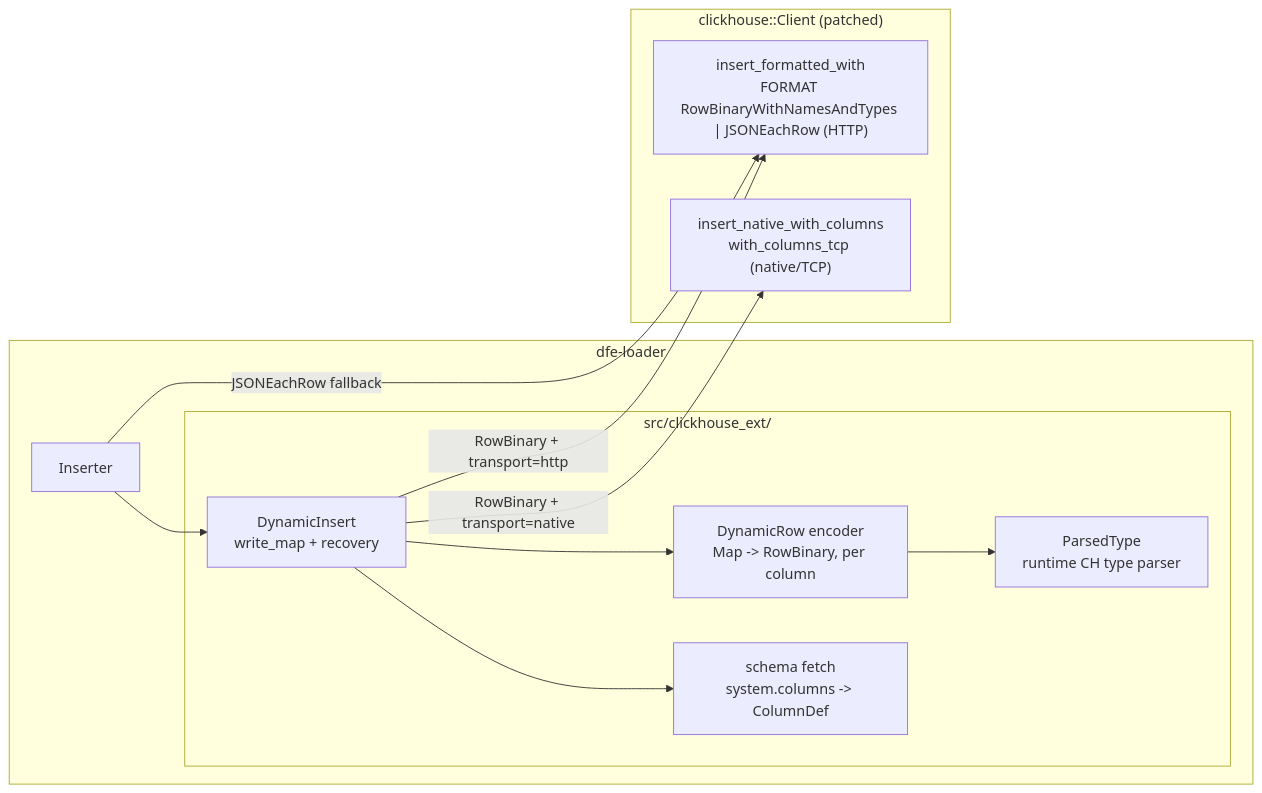
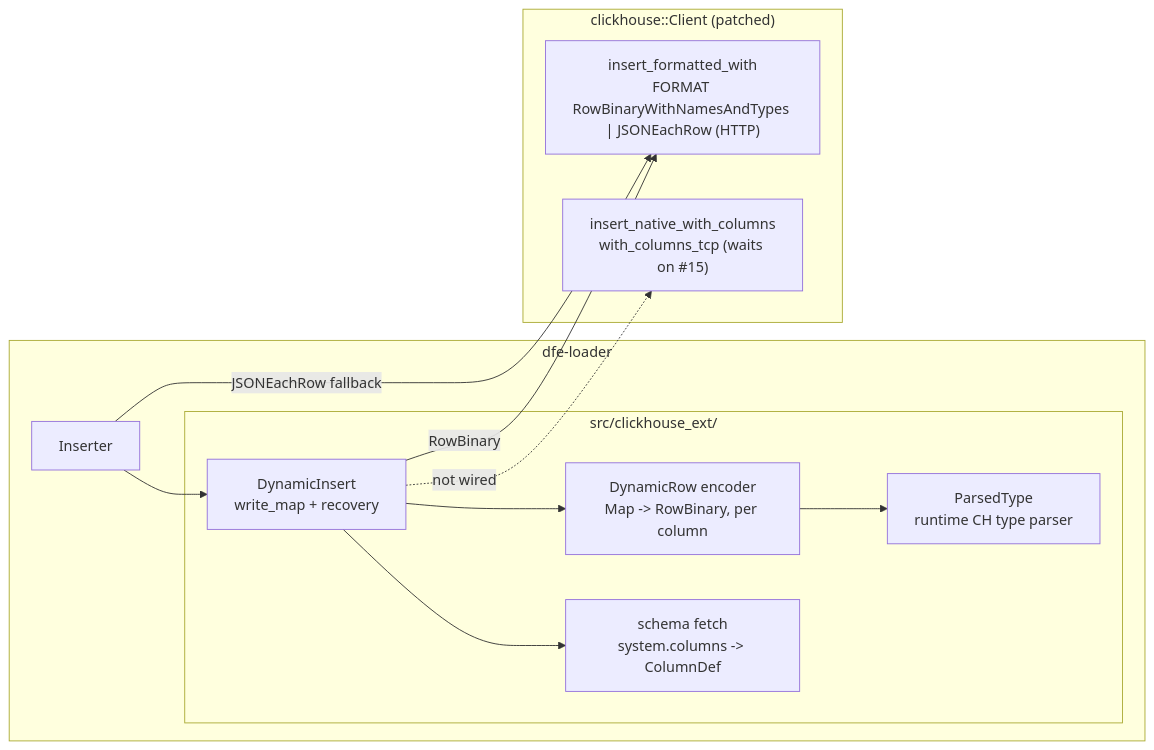
One commit to hyperi-io/dfe-loader changed the second of 3 diagrams in docs/ARCHITECTURE.md. Above: the diagram before and after it, drawn with Mermaid. The commit also changed other lines of this file and 11 other files, not shown here.

````diff
--- a/docs/ARCHITECTURE.md
+++ b/docs/ARCHITECTURE.md
@@ -65,23 +65,23 @@
 ```mermaid
 flowchart LR
     subgraph loader["dfe-loader"]
         INS["Inserter"]
         subgraph ext["src/clickhouse_ext/"]
             PT["ParsedType<br/>runtime CH type parser"]
             ENC["DynamicRow encoder<br/>Map -> RowBinary, per column"]
             SCH["schema fetch<br/>system.columns -> ColumnDef"]
             DI["DynamicInsert<br/>write_map + recovery"]
         end
     end
     subgraph fork["clickhouse::Client (patched)"]
         IFW["insert_formatted_with<br/>FORMAT RowBinaryWithNamesAndTypes | JSONEachRow (HTTP)"]
-        INC["insert_native_with_columns<br/>with_columns_tcp (native/TCP)"]
+        INC["insert_native_with_columns<br/>with_columns_tcp (waits on #15)"]
     end
 
     INS --> DI
     DI --> ENC --> PT
     DI --> SCH
-    DI -->|RowBinary + transport=http| IFW
-    DI -->|RowBinary + transport=native| INC
+    DI -->|RowBinary| IFW
+    DI -.->|not wired| INC
     INS -->|JSONEachRow fallback| IFW
 ```
````
